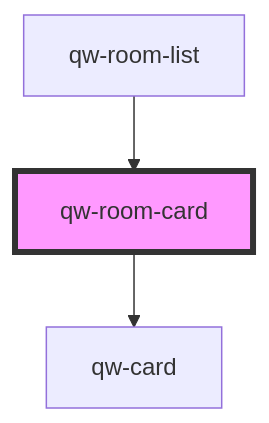
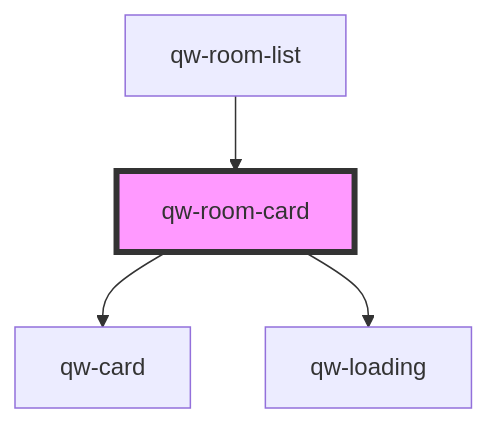
The diagram in src/components/shared/qw-room-card/readme.md (qwentes-team/qw-hotels), drawn with Mermaid before and after one commit. The commit also changed other lines of this file and 18 other files, not shown here.

````diff
--- a/src/components/shared/qw-room-card/readme.md
+++ b/src/components/shared/qw-room-card/readme.md
@@ -30,6 +35,7 @@
 ```mermaid
 graph TD;
   qw-room-card --> qw-card
+  qw-room-card --> qw-loading
   qw-room-list --> qw-room-card
   style qw-room-card fill:#f9f,stroke:#333,stroke-width:4px
 ```
````
